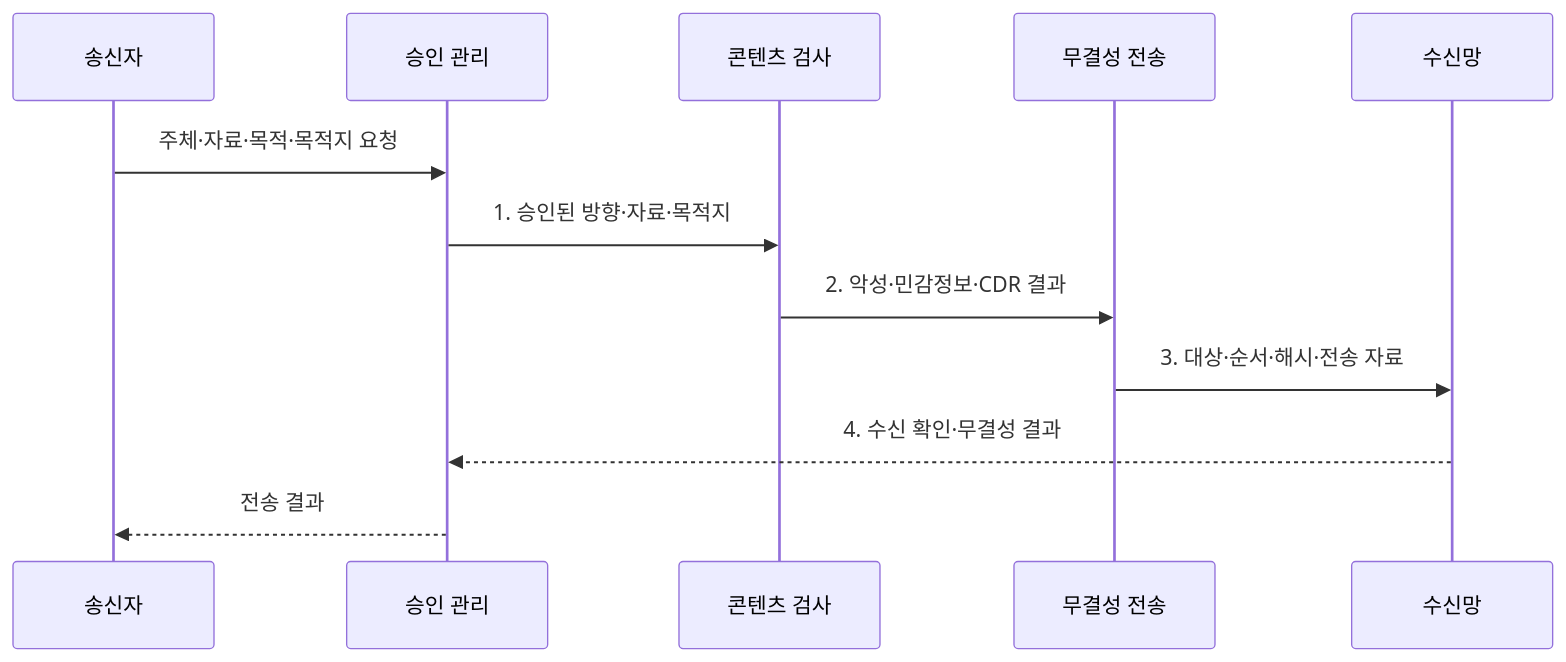
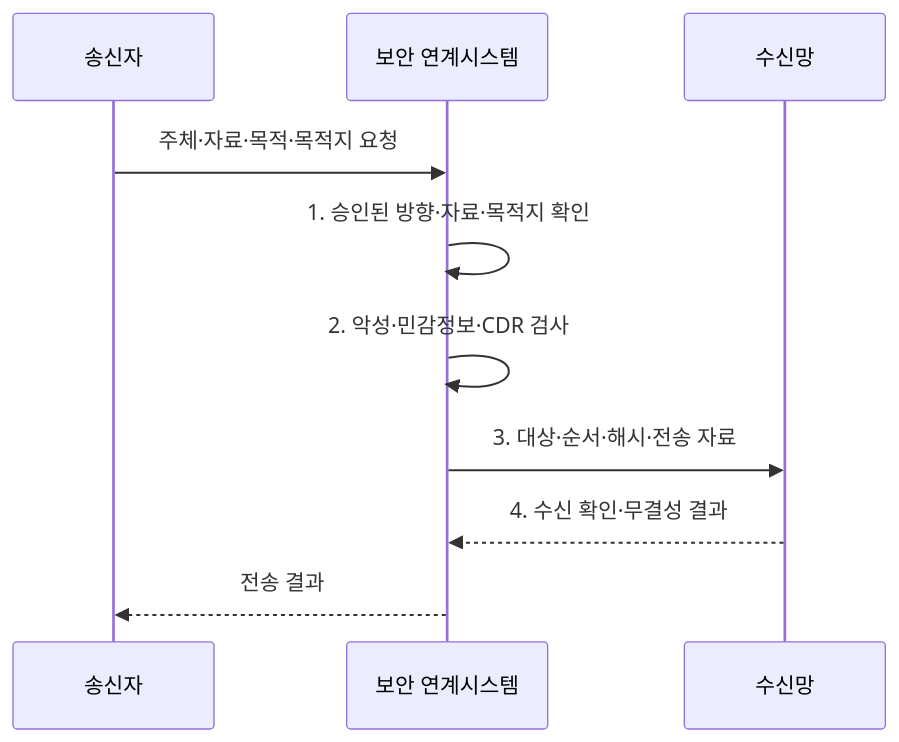
The second of 2 diagrams in src/content/docs/notes/05-security/140_network_separation_bridging.md (agnusdei1207/knowledge-base), drawn with Mermaid before and after one commit. The commit also changed other lines of this file and 2 other files, not shown here.

Commit message:
Reduce industrial security sequence roles

````diff
--- a/src/content/docs/notes/05-security/140_network_separation_bridging.md
+++ b/src/content/docs/notes/05-security/140_network_separation_bridging.md
@@ -97,14 +97,12 @@
 ```mermaid
 sequenceDiagram
   participant S as 송신자
-  participant A as 승인 관리
-  participant C as 콘텐츠 검사
-  participant T as 무결성 전송
+  participant G as 보안 연계시스템
   participant D as 수신망
-  S->>A: 주체·자료·목적·목적지 요청
-  A->>C: 1. 승인된 방향·자료·목적지
-  C->>T: 2. 악성·민감정보·CDR 결과
-  T->>D: 3. 대상·순서·해시·전송 자료
-  D-->>A: 4. 수신 확인·무결성 결과
-  A-->>S: 전송 결과
+  S->>G: 주체·자료·목적·목적지 요청
+  G->>G: 1. 승인된 방향·자료·목적지 확인
+  G->>G: 2. 악성·민감정보·CDR 검사
+  G->>D: 3. 대상·순서·해시·전송 자료
+  D-->>G: 4. 수신 확인·무결성 결과
+  G-->>S: 전송 결과
 ```
````
